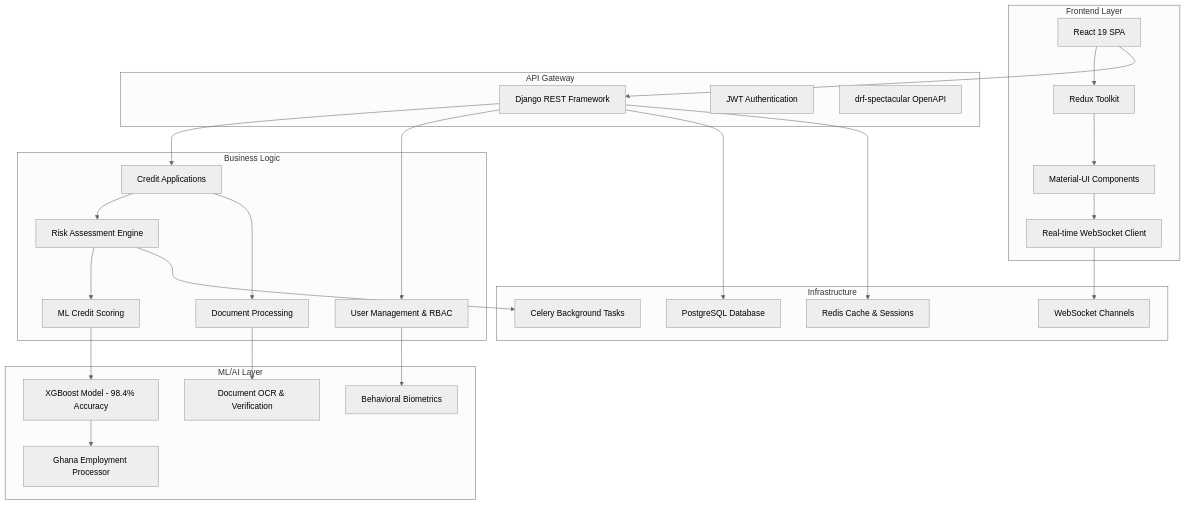
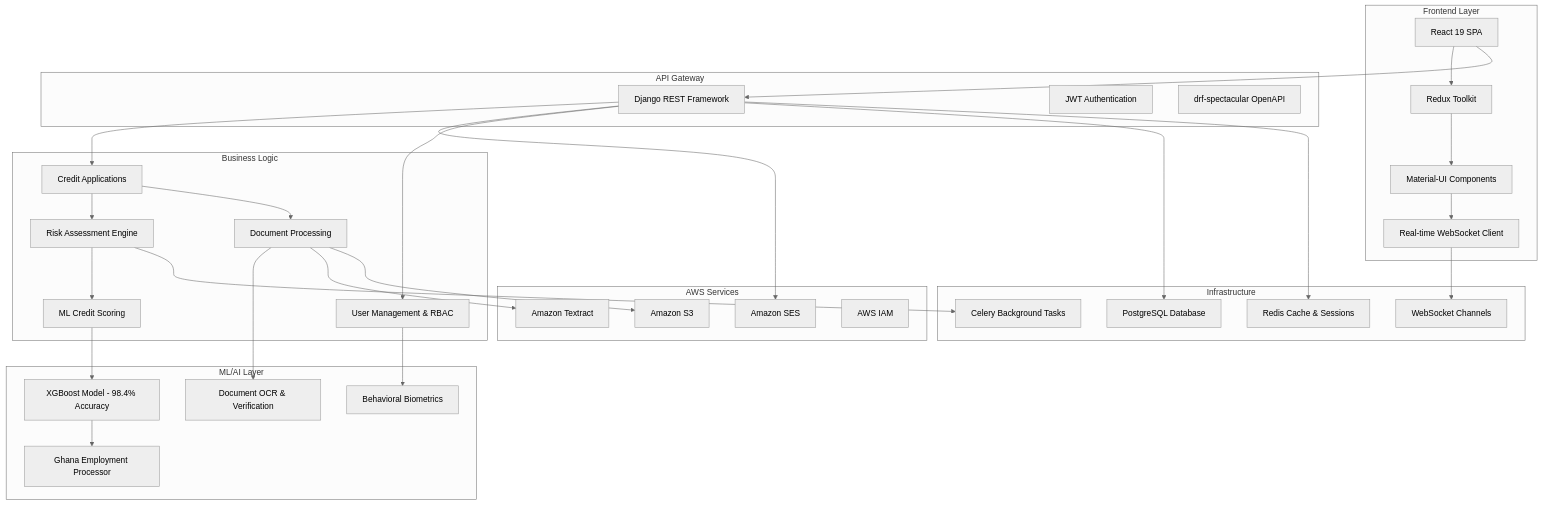
Before and after one commit to Cbnaattoh/CreditRiskProject: the diagram in README.md, drawn with Mermaid (neutral theme). The commit also changed other lines of this file, not shown here.

````diff
--- a/README.md
+++ b/README.md
@@ -37,51 +37,61 @@
 ```mermaid
 graph TB
     subgraph "Frontend Layer"
         A[React 19 SPA] --> B[Redux Toolkit]
         B --> C[Material-UI Components]
         C --> D[Real-time WebSocket Client]
     end
     
     subgraph "API Gateway"
         E[Django REST Framework]
         F[JWT Authentication]
         G[drf-spectacular OpenAPI]
     end
     
     subgraph "Business Logic"
         H[Credit Applications]
         I[Risk Assessment Engine]
         J[ML Credit Scoring]
         K[User Management & RBAC]
         L[Document Processing]
+    end
+    
+    subgraph "AWS Services"
+        AWS1[Amazon Textract]
+        AWS2[Amazon SES]
+        AWS3[Amazon S3]
+        AWS4[AWS IAM]
     end
     
     subgraph "ML/AI Layer"
         M[XGBoost Model - 98.4% Accuracy]
         N[Ghana Employment Processor]
         O[Document OCR & Verification]
         P[Behavioral Biometrics]
     end
     
     subgraph "Infrastructure"
         Q[PostgreSQL Database]
         R[Redis Cache & Sessions]
         S[Celery Background Tasks]
         T[WebSocket Channels]
     end
     
     A --> E
     E --> H
     H --> I
     I --> J
     J --> M
     M --> N
     H --> L
     L --> O
+    L --> AWS1
+    L --> AWS3
+    E --> AWS2
     E --> K
     K --> P
     E --> Q
     E --> R
     I --> S
     D --> T
 ```
````
